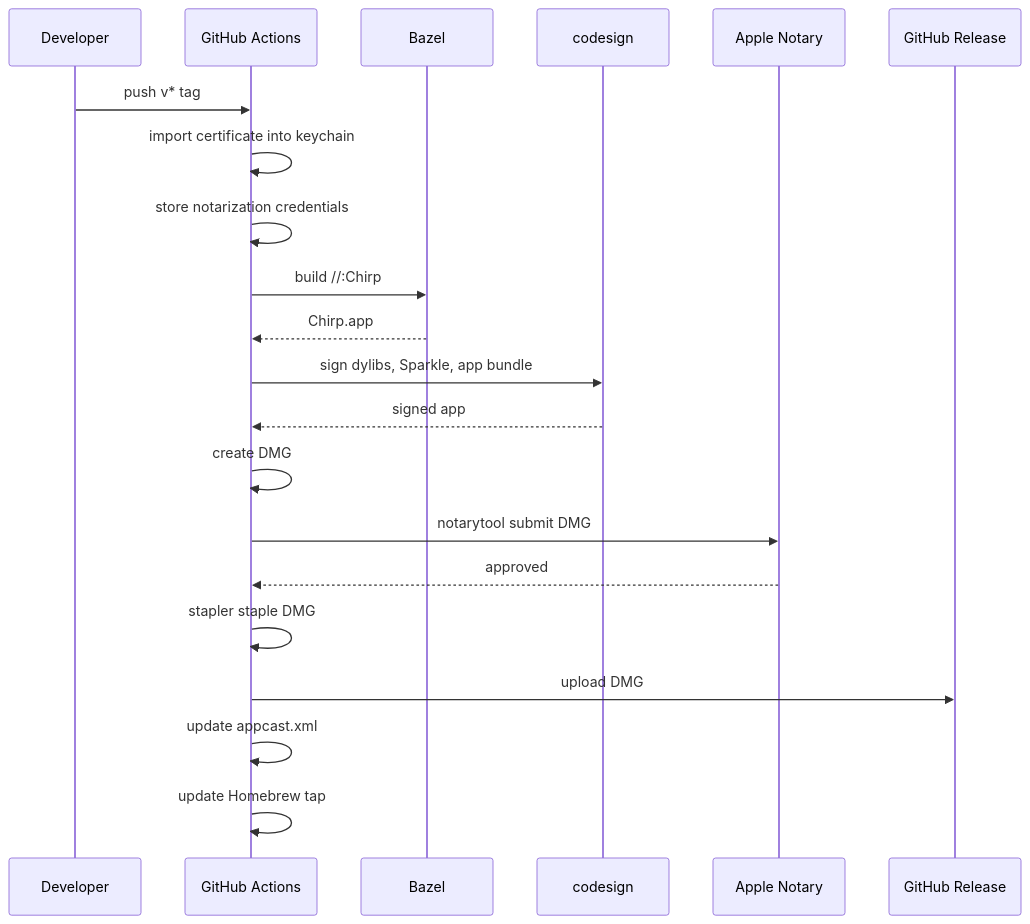
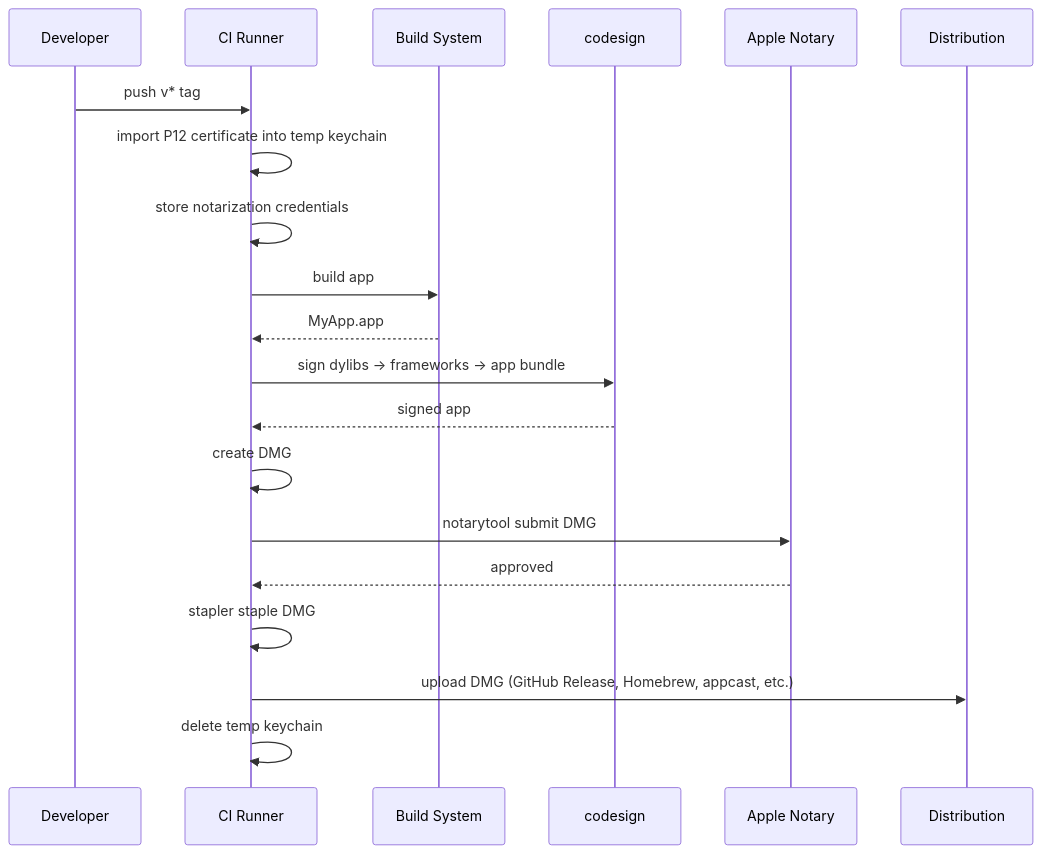
One commit to stefanpenner/chirp changed the diagram in docs/code-signing.md. Above: the diagram before and after it, drawn with Mermaid. The commit also changed other lines of this file, not shown here.

````diff
--- a/docs/code-signing.md
+++ b/docs/code-signing.md
@@ -36,24 +59,23 @@
 ```mermaid
 sequenceDiagram
     participant Dev as Developer
-    participant GH as GitHub Actions
-    participant Bazel
+    participant CI as CI Runner
+    participant Build as Build System
     participant CS as codesign
     participant Apple as Apple Notary
-    participant Release as GitHub Release
+    participant Dist as Distribution
 
-    Dev->>GH: push v* tag
-    GH->>GH: import certificate into keychain
-    GH->>GH: store notarization credentials
-    GH->>Bazel: build //:Chirp
-    Bazel-->>GH: Chirp.app
-    GH->>CS: sign dylibs, Sparkle, app bundle
-    CS-->>GH: signed app
-    GH->>GH: create DMG
-    GH->>Apple: notarytool submit DMG
-    Apple-->>GH: approved
-    GH->>GH: stapler staple DMG
-    GH->>Release: upload DMG
-    GH->>GH: update appcast.xml
-    GH->>GH: update Homebrew tap
+    Dev->>CI: push v* tag
+    CI->>CI: import P12 certificate into temp keychain
+    CI->>CI: store notarization credentials
+    CI->>Build: build app
+    Build-->>CI: MyApp.app
+    CI->>CS: sign dylibs → frameworks → app bundle
+    CS-->>CI: signed app
+    CI->>CI: create DMG
+    CI->>Apple: notarytool submit DMG
+    Apple-->>CI: approved
+    CI->>CI: stapler staple DMG
+    CI->>Dist: upload DMG (GitHub Release, Homebrew, appcast, etc.)
+    CI->>CI: delete temp keychain
 ```
````
